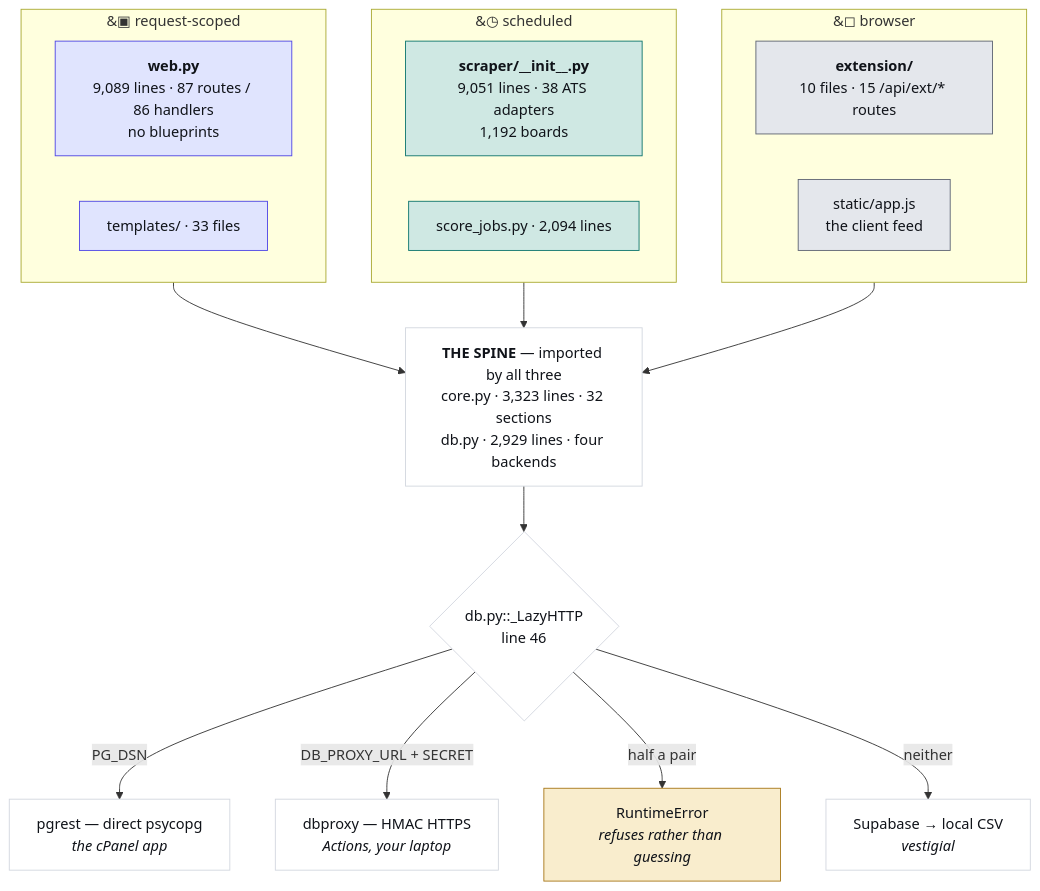
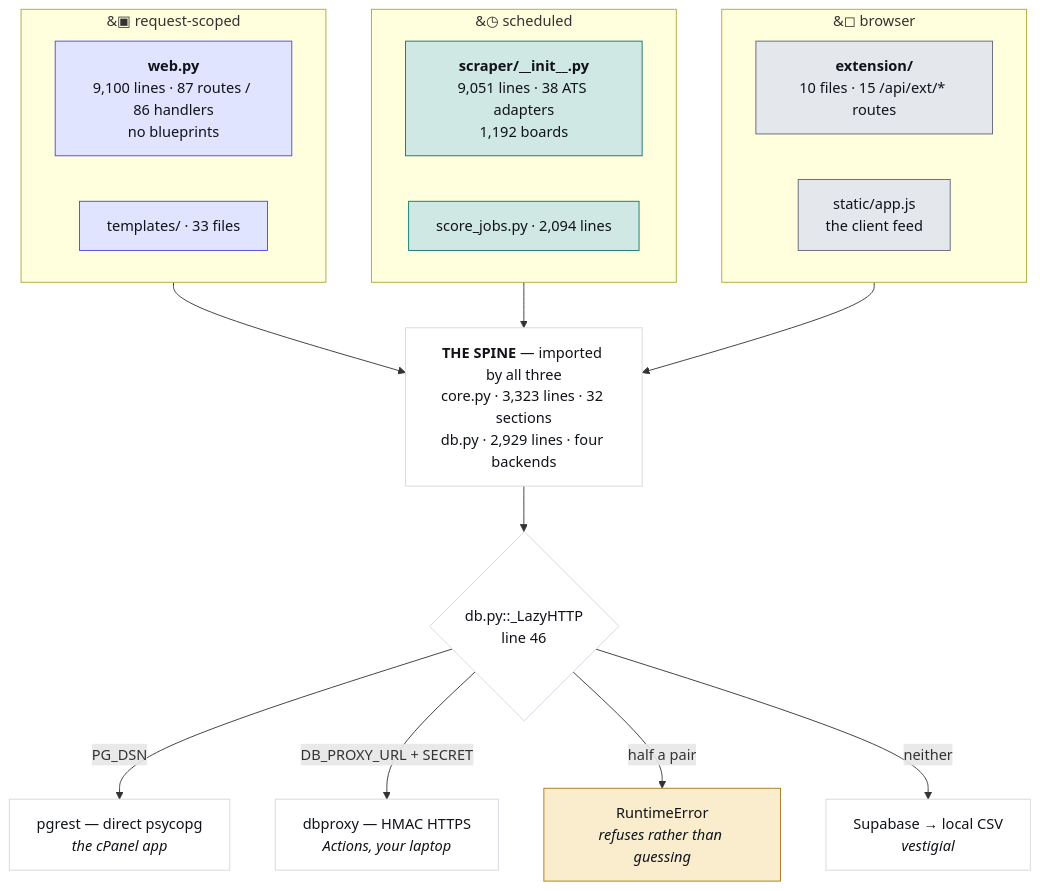
One commit to hadakunal909-debug/job-search-tool changed the first of 4 diagrams in JobMatch Scraper/docs/ARCHITECTURE.md. Above: the diagram before and after it, drawn with Mermaid. The commit also changed other lines of this file and 7 other files, not shown here.

````diff
--- a/JobMatch Scraper/docs/ARCHITECTURE.md
+++ b/JobMatch Scraper/docs/ARCHITECTURE.md
@@ -45,34 +45,34 @@
 ```mermaid
 flowchart TB
   subgraph REQ["&#9635; request-scoped"]
-    W["<b>web.py</b><br/>9,089 lines · 87 routes / 86 handlers<br/>no blueprints"]
+    W["<b>web.py</b><br/>9,100 lines · 87 routes / 86 handlers<br/>no blueprints"]
     T["templates/ · 33 files"]
   end
   subgraph SCH["&#9719; scheduled"]
     S["<b>scraper/__init__.py</b><br/>9,051 lines · 38 ATS adapters<br/>1,192 boards"]
     J["score_jobs.py · 2,094 lines"]
   end
   subgraph CLI["&#9723; browser"]
     E["<b>extension/</b><br/>10 files · 15 /api/ext/* routes"]
     A["static/app.js<br/>the client feed"]
   end
   SPINE["<b>THE SPINE</b> — imported by all three<br/>core.py · 3,323 lines · 32 sections<br/>db.py · 2,929 lines · four backends"]
   REQ --> SPINE
   SCH --> SPINE
   CLI --> SPINE
   SPINE --> D{"db.py::_LazyHTTP<br/>line 46"}
   D -->|"PG_DSN"| P["pgrest — direct psycopg<br/><i>the cPanel app</i>"]
   D -->|"DB_PROXY_URL + SECRET"| X["dbproxy — HMAC HTTPS<br/><i>Actions, your laptop</i>"]
   D -->|"half a pair"| R["RuntimeError<br/><i>refuses rather than guessing</i>"]
   D -->|"neither"| V["Supabase → local CSV<br/><i>vestigial</i>"]
   classDef web fill:#e0e4fe,stroke:#4f46e5,color:#101319
   classDef sched fill:#cfe8e3,stroke:#0f766e,color:#101319
   classDef client fill:#e4e7ec,stroke:#5f6573,color:#101319
   classDef trap fill:#f9edcd,stroke:#a8781a,color:#101319
   classDef plain fill:#ffffff,stroke:#d3d7df,color:#101319
   class W,T web
   class S,J sched
   class E,A client
   class R trap
   class SPINE,D,P,X,V plain
 ```
````
